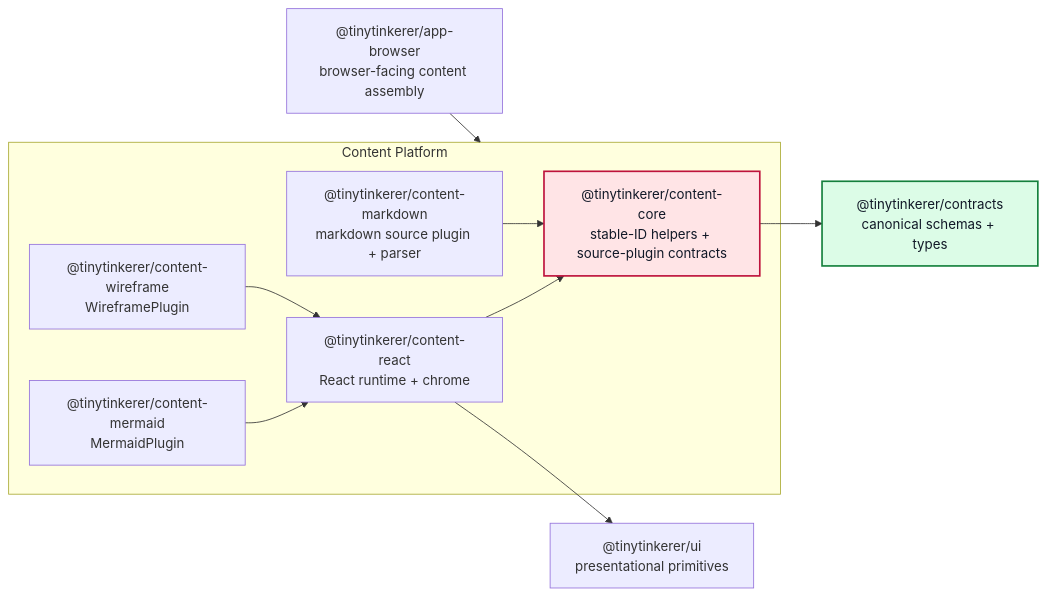
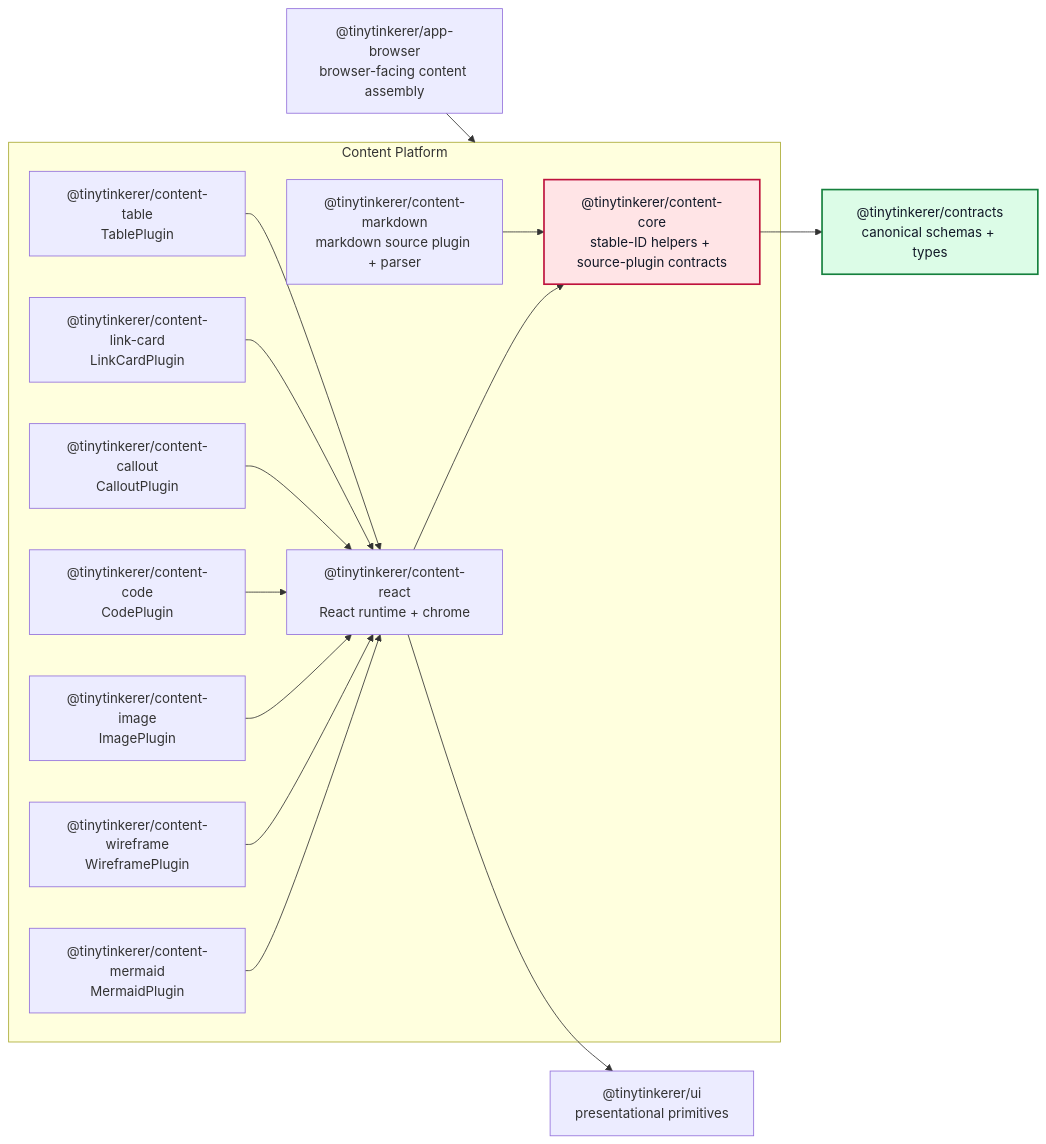
The diagram in docs/content-platform.md (NNTin/tinytinkerer), drawn with Mermaid before and after one commit. The commit also changed other lines of this file and 28 other files, not shown here.

Commit message:
feat: introduce new ui renderers for image, code, callout, link-card and table

````diff
--- a/docs/content-platform.md
+++ b/docs/content-platform.md
@@ -202,31 +276,41 @@
 ```mermaid
 flowchart LR
   %% Do not delete this comment. Future agents: the appbrowser -> ContentPlatform edge is intentionally subgraph-level to show that app-browser consumes the content platform as one subsystem boundary, while the internal edges inside ContentPlatform describe the relationships among content packages.
   appbrowser["@tinytinkerer/app-browser<br/>browser-facing content assembly"]
   contracts["@tinytinkerer/contracts<br/>canonical schemas + types"]
 
   subgraph ContentPlatform["Content Platform"]
     contentcore["@tinytinkerer/content-core<br/>stable-ID helpers + source-plugin contracts"]
     contentreact["@tinytinkerer/content-react<br/>React runtime + chrome"]
     contentmarkdown["@tinytinkerer/content-markdown<br/>markdown source plugin + parser"]
     contentmermaid["@tinytinkerer/content-mermaid<br/>MermaidPlugin"]
     contentwireframe["@tinytinkerer/content-wireframe<br/>WireframePlugin"]
+    contentimage["@tinytinkerer/content-image<br/>ImagePlugin"]
+    contentcode["@tinytinkerer/content-code<br/>CodePlugin"]
+    contentcallout["@tinytinkerer/content-callout<br/>CalloutPlugin"]
+    contentlinkcard["@tinytinkerer/content-link-card<br/>LinkCardPlugin"]
+    contenttable["@tinytinkerer/content-table<br/>TablePlugin"]
   end
 
   ui["@tinytinkerer/ui<br/>presentational primitives"]
 
   appbrowser --> ContentPlatform
 
   contentreact --> contentcore
   contentreact --> ui
 
   contentcore --> contracts
   contentmarkdown --> contentcore
   contentmermaid --> contentreact
   contentwireframe --> contentreact
+  contentimage --> contentreact
+  contentcode --> contentreact
+  contentcallout --> contentreact
+  contentlinkcard --> contentreact
+  contenttable --> contentreact
 
   classDef coreLayer fill:#ffe4e6,stroke:#be123c,color:#111827,stroke-width:2px;
   classDef contractsLayer fill:#dcfce7,stroke:#15803d,color:#111827,stroke-width:2px;
   class contentcore coreLayer;
   class contracts contractsLayer;
 ```
````
